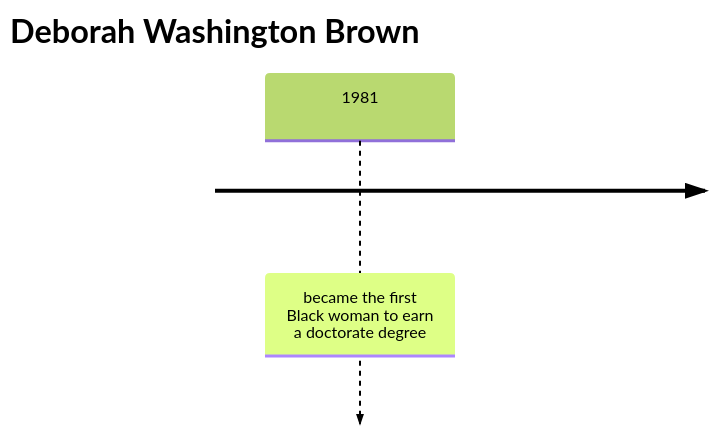
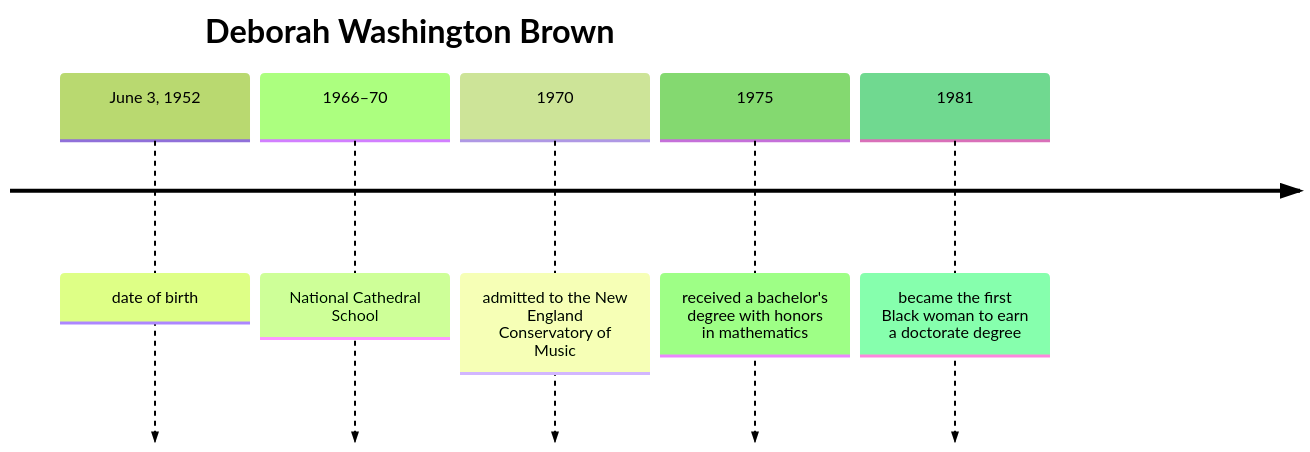
Before and after one commit to Marius-PA/ComputerScienceNotes: the diagram in Notes/blackhistorymonth.md, drawn with Mermaid (forest theme). The commit also changed 1 other file, not shown here.

````diff
--- a/Notes/blackhistorymonth.md
+++ b/Notes/blackhistorymonth.md
@@ -14,6 +16,9 @@
 ```mermaid
 timeline
     title Deborah Washington Brown
+    June 3, 1952 : date of birth
+    1966–70 : National Cathedral School
+    1970 : admitted to the New England Conservatory of Music
+    1975 : received a bachelor's degree with honors in mathematics
     1981 : became the first Black woman to earn a doctorate degree
-
 ```
````
